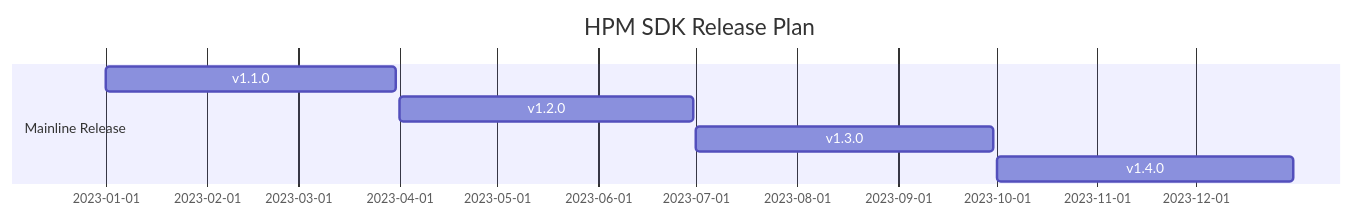
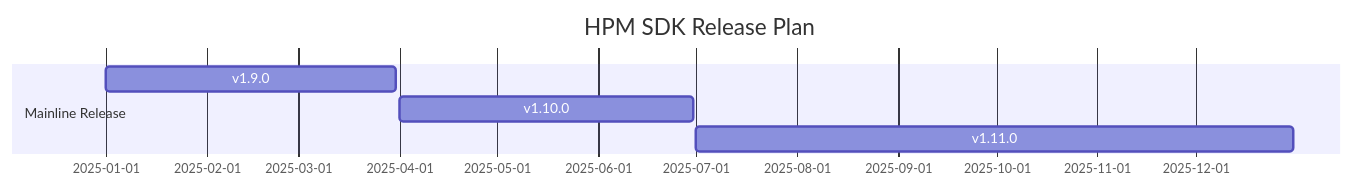
Before and after one commit to eclipse-oniro-mirrors/device_soc_hpmicro: the diagram in sdk/hpm_sdk/README.md, drawn with Mermaid. The commit also changed other lines of this file and 16873 other files, not shown here.

````diff
--- a/sdk/hpm_sdk/README.md
+++ b/sdk/hpm_sdk/README.md
@@ -1,10 +1,9 @@
 ``` mermaid
 gantt
     title HPM SDK Release Plan
     dateFormat  YYYY-MM-DD
     section Mainline Release
-    v1.1.0           :a1, 2023-01-01, 2023-03-31
-    v1.2.0           :a2, 2023-04-01, 2023-06-30
-    v1.3.0           :a3, 2023-07-01, 2023-09-30
-    v1.4.0           :a4, 2023-10-01, 2023-12-31
+    v1.9.0           :a1, 2025-01-01, 2025-03-31
+    v1.10.0          :a2, 2025-04-01, 2025-06-30
+    v1.11.0          :a3, 2025-07-01, 2025-12-31
 ```
````
